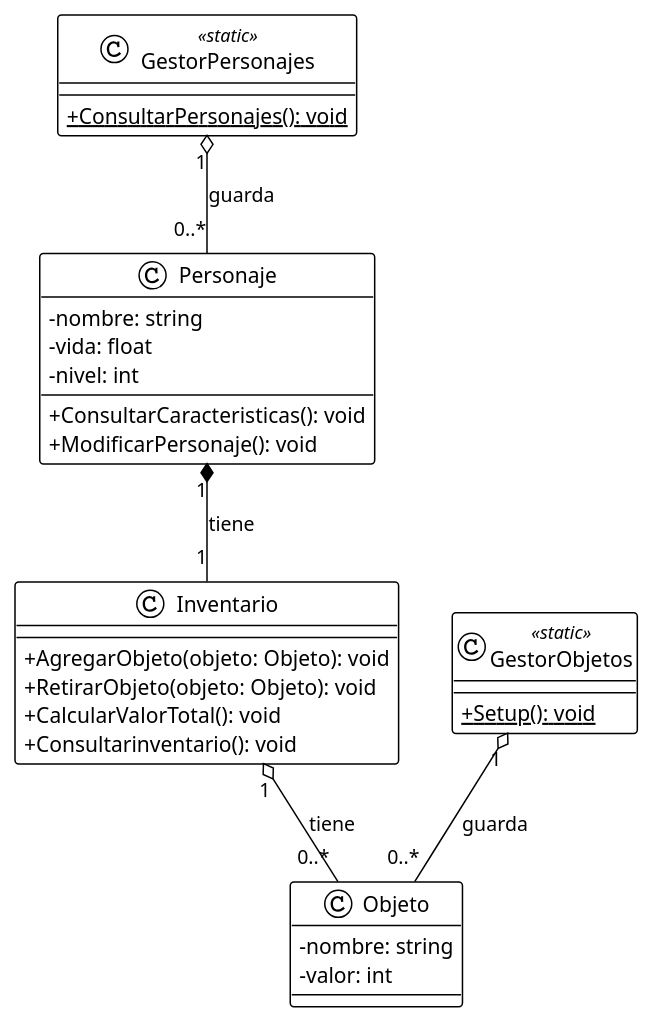
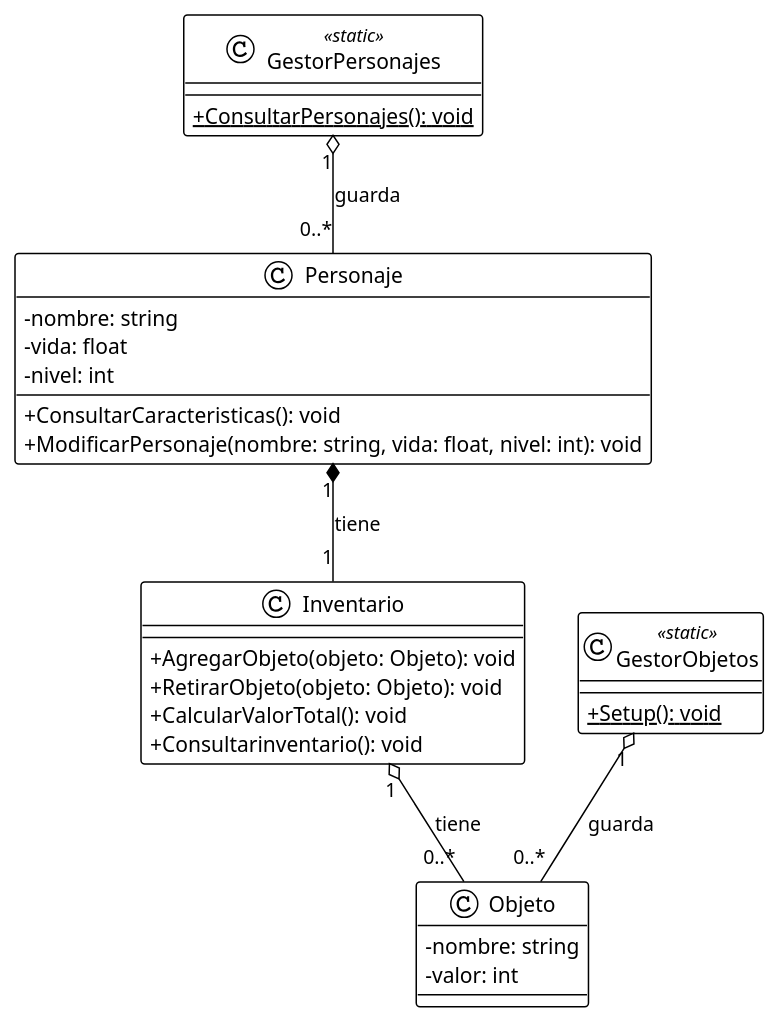
The diagram in Diagrams/Diagrama de clases.puml (JoseVahosUPB/EjercicioGestorPersonajesRepo), drawn with PlantUML before and after one commit. The commit also changed 4 other files, not shown here.

Commit message:
Resueltos otros casos de uso: - Consultar todos los personajes - Crear personajes (se resolvió con el constructor) - Agregar objeto al inventario - Retirar objeto del inventario - Calcular valor de los objetos - Modificar personaje

```diff
--- a/Diagrams/Diagrama de clases.puml
+++ b/Diagrams/Diagrama de clases.puml
@@ -1,36 +1,36 @@
 @startuml
 skinparam classAttributeIconSize 0
 !theme plain
 
 class GestorPersonajes <<static>>{
     {static} +ConsultarPersonajes(): void
 }
 class GestorObjetos <<static>>{
     {static} +Setup(): void
 }
 class Personaje{
     -nombre: string
     -vida: float
     -nivel: int
     +ConsultarCaracteristicas(): void
-    +ModificarPersonaje(): void
+    +ModificarPersonaje(nombre: string, vida: float, nivel: int): void
 }
 class Inventario{
     +AgregarObjeto(objeto: Objeto): void
     +RetirarObjeto(objeto: Objeto): void
     +CalcularValorTotal(): void
     +Consultarinventario(): void
 }
 class Objeto{
     -nombre: string
     -valor: int
 }
 
 GestorPersonajes "1" o-- "0..*" Personaje: guarda
 GestorObjetos "1" o-- "0..*" Objeto: guarda
 
 Personaje "1" *-- "1" Inventario: tiene
 
 Inventario "1" o-- "0..*" Objeto: tiene
 
 @enduml
```
